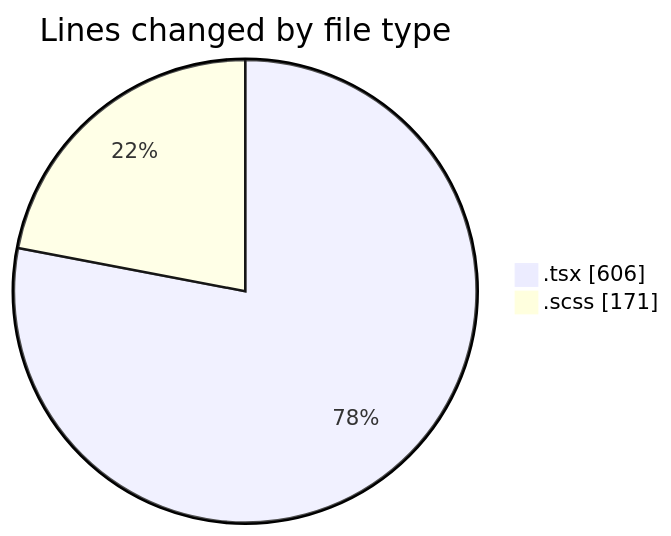
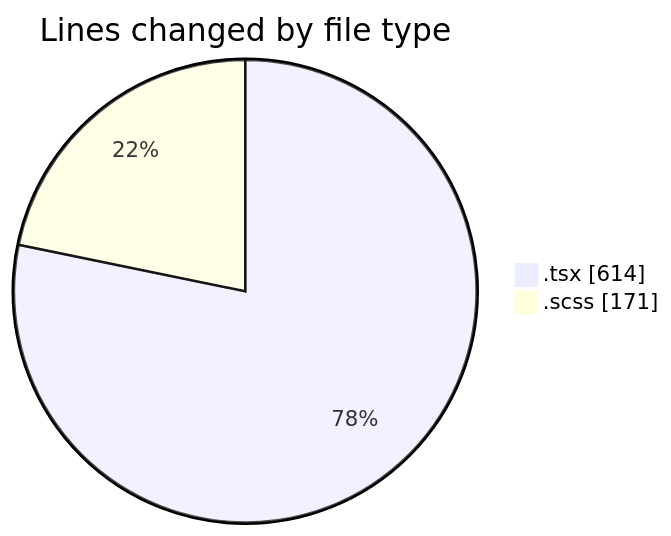
One commit to momahboobian/code-tracking changed the first of 2 diagrams in 2026-04-16/cda/README.md. Above: the diagram before and after it, drawn with Mermaid. The commit also changed other lines of this file and 1 other file, not shown here.

````diff
--- a/2026-04-16/cda/README.md
+++ b/2026-04-16/cda/README.md
@@ -23,6 +23,6 @@
 ```mermaid
 pie showData
 title Lines changed by file type
-".tsx" : 606
+".tsx" : 614
 ".scss" : 171
 ```
````
